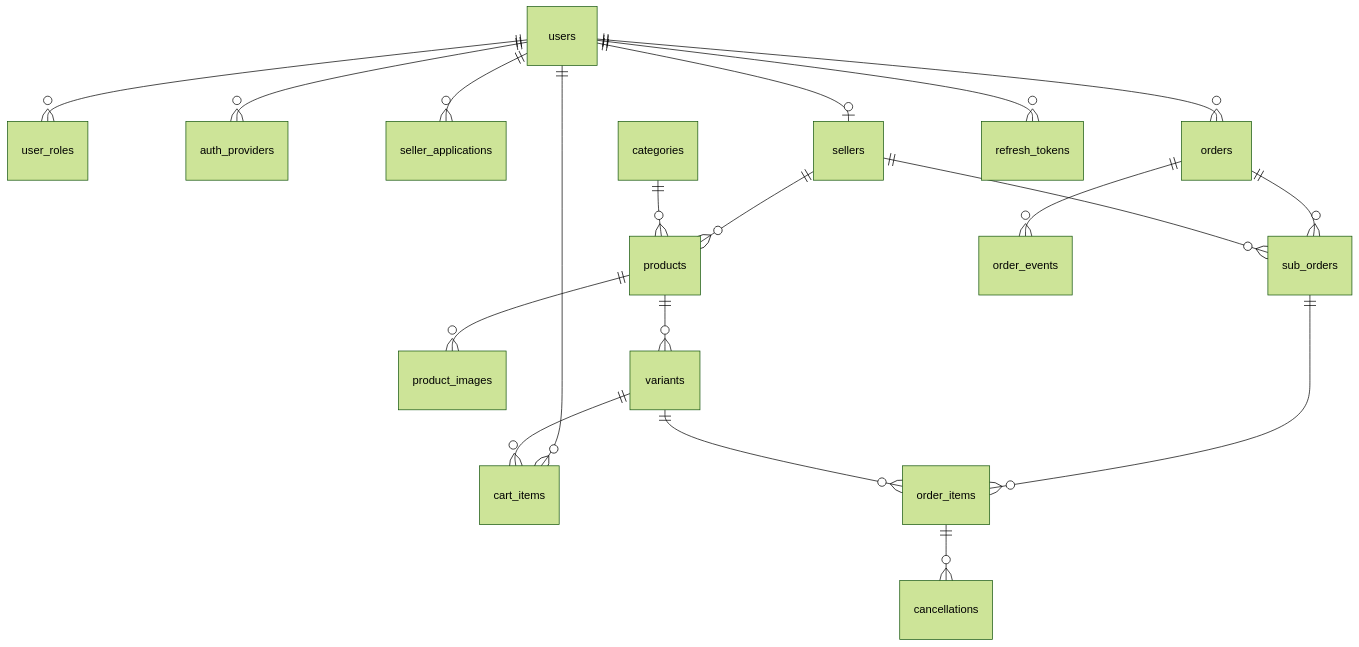
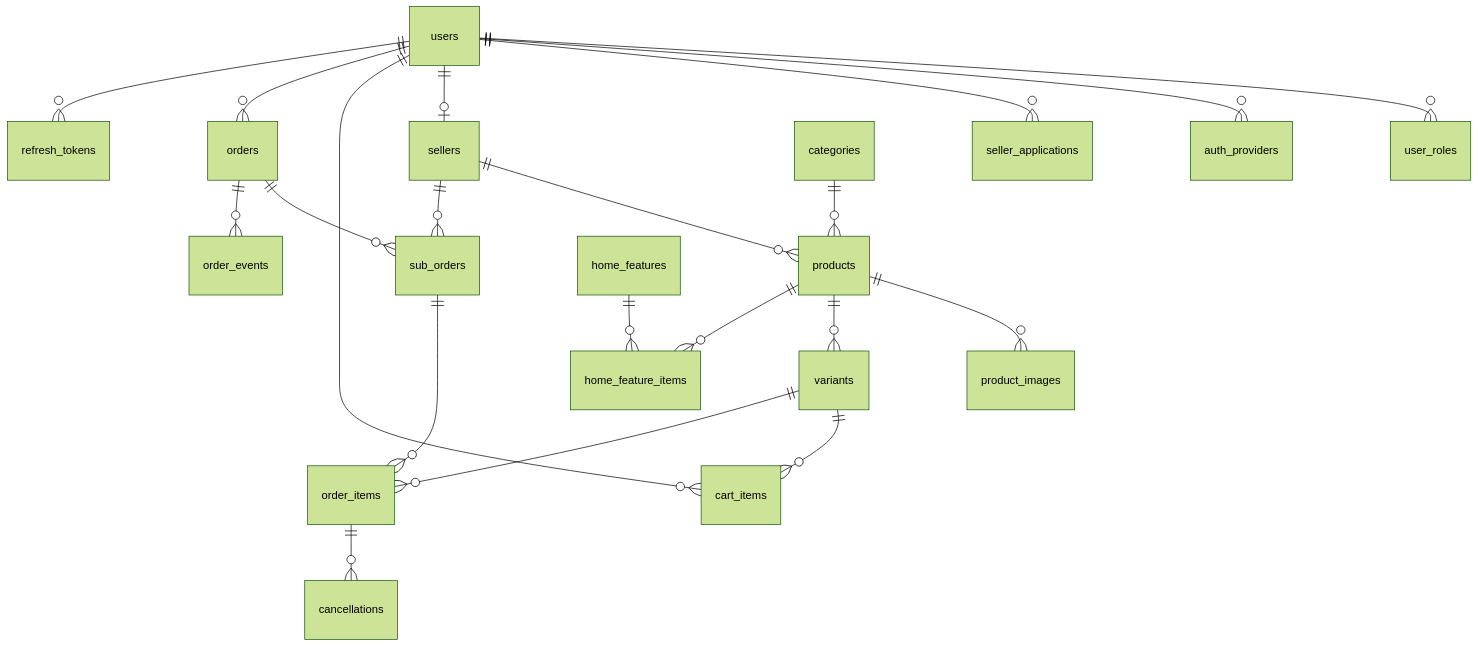
The third of 3 diagrams in _bmad-output/planning-artifacts/architecture/architecture-SLUR_platform_blueprint-2026-07-15/ARCHITECTURE-SPINE.md (slur16105/SLUR_platform_blueprint), drawn with Mermaid (forest theme) before and after one commit. The commit also changed other lines of this file and 39 other files, not shown here.

````diff
--- a/_bmad-output/planning-artifacts/architecture/architecture-SLUR_platform_blueprint-2026-07-15/ARCHITECTURE-SPINE.md
+++ b/_bmad-output/planning-artifacts/architecture/architecture-SLUR_platform_blueprint-2026-07-15/ARCHITECTURE-SPINE.md
@@ -219,21 +220,23 @@
 ```mermaid
 erDiagram
     users ||--o{ user_roles : ""
     users ||--o{ auth_providers : ""
     users ||--o{ seller_applications : ""
     users ||--o| sellers : ""
     sellers ||--o{ products : ""
     categories ||--o{ products : ""
     products ||--o{ product_images : ""
     products ||--o{ variants : ""
     users ||--o{ cart_items : ""
     variants ||--o{ cart_items : ""
     users ||--o{ orders : ""
     orders ||--o{ sub_orders : ""
     sellers ||--o{ sub_orders : ""
     sub_orders ||--o{ order_items : ""
     variants ||--o{ order_items : ""
     orders ||--o{ order_events : ""
     order_items ||--o{ cancellations : ""
     users ||--o{ refresh_tokens : ""
+    home_features ||--o{ home_feature_items : ""
+    products ||--o{ home_feature_items : ""
 ```
````
